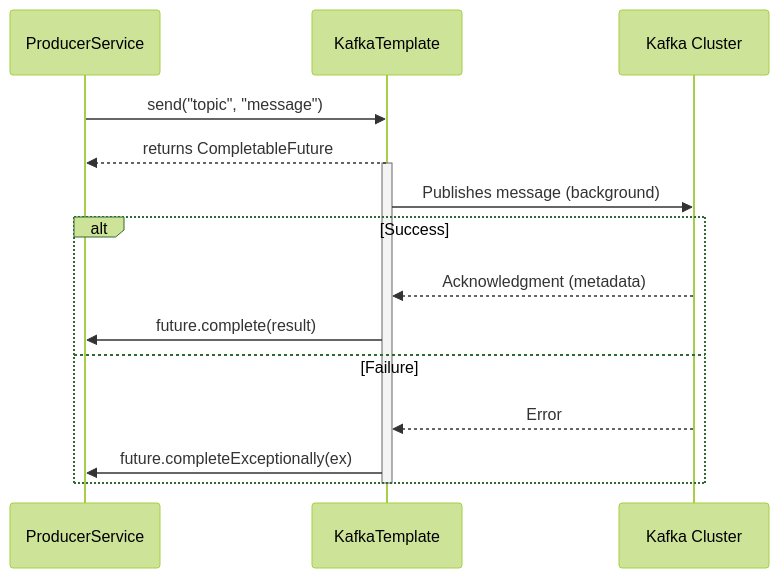
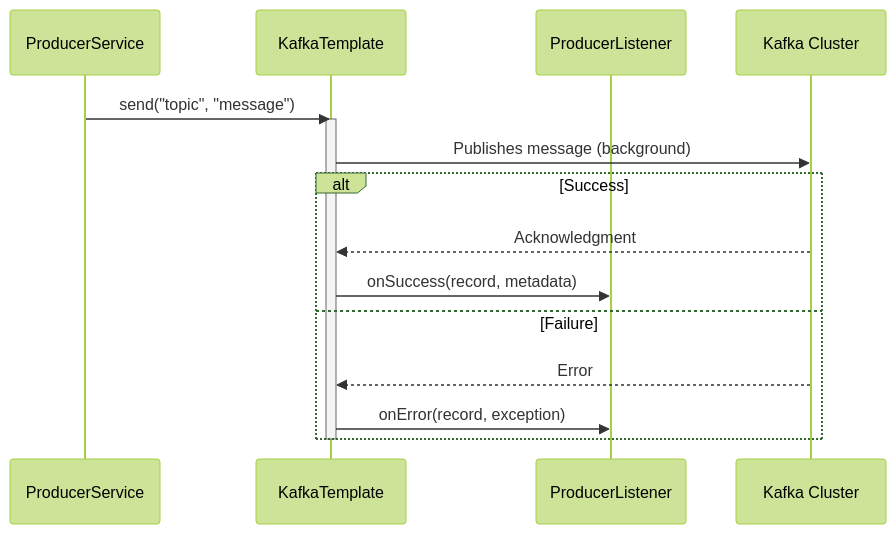
The diagram in 03-Producers/03b-Async-Send-and-Callbacks.md (pdheeraj99/Java-Design-Patterns), drawn with Mermaid (forest theme) before and after one commit. The commit also changed other lines of this file and 7 other files, not shown here.

````diff
--- a/03-Producers/03b-Async-Send-and-Callbacks.md
+++ b/03-Producers/03b-Async-Send-and-Callbacks.md
@@ -65,22 +100,22 @@
 ```mermaid
 sequenceDiagram
     participant ProducerService
     participant KafkaTemplate
+    participant ProducerListener
     participant Kafka as Kafka Cluster
 
     ProducerService->>KafkaTemplate: send("topic", "message")
-    KafkaTemplate-->>ProducerService: returns CompletableFuture
 
     activate KafkaTemplate
     KafkaTemplate->>Kafka: Publishes message (background)
 
     alt Success
-        Kafka-->>KafkaTemplate: Acknowledgment (metadata)
-        KafkaTemplate->>ProducerService: future.complete(result)
+        Kafka-->>KafkaTemplate: Acknowledgment
+        KafkaTemplate->>ProducerListener: onSuccess(record, metadata)
     else Failure
         Kafka-->>KafkaTemplate: Error
-        KafkaTemplate->>ProducerService: future.completeExceptionally(ex)
+        KafkaTemplate->>ProducerListener: onError(record, exception)
     end
     deactivate KafkaTemplate
 
 ```
````
